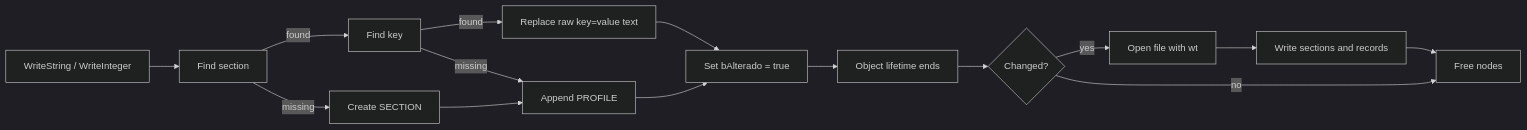
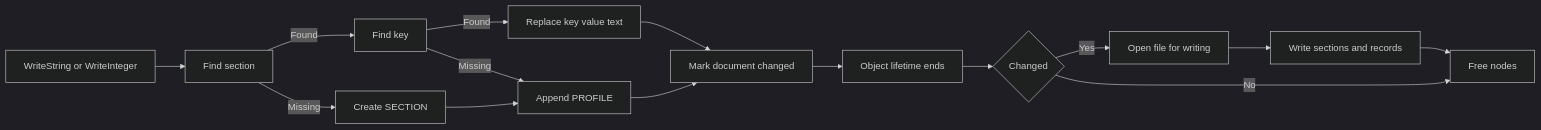
Before and after one commit to paulocfmarques-collab/inifiles: the third of 3 diagrams in README.md, drawn with Mermaid (dark theme). The commit also changed other lines of this file, not shown here.

Commit message:
docs: fix Mermaid edge label syntax

````diff
--- a/README.md
+++ b/README.md
@@ -130,17 +131,17 @@
 ```mermaid
 flowchart LR
-    A[WriteString / WriteInteger] --> B[Find section]
-    B -->|found| C[Find key]
-    B -->|missing| D[Create SECTION]
-    C -->|found| E[Replace raw key=value text]
-    C -->|missing| F[Append PROFILE]
+    A[WriteString or WriteInteger] --> B[Find section]
+    B -->|Found| C[Find key]
+    B -->|Missing| D[Create SECTION]
+    C -->|Found| E[Replace key value text]
+    C -->|Missing| F[Append PROFILE]
     D --> F
-    E --> G[Set bAlterado = true]
+    E --> G[Mark document changed]
     F --> G
     G --> H[Object lifetime ends]
-    H --> I{Changed?}
-    I -->|yes| J[Open file with wt]
+    H --> I{Changed}
+    I -->|Yes| J[Open file for writing]
     J --> K[Write sections and records]
     K --> L[Free nodes]
-    I -->|no| L
+    I -->|No| L
 ```
````
